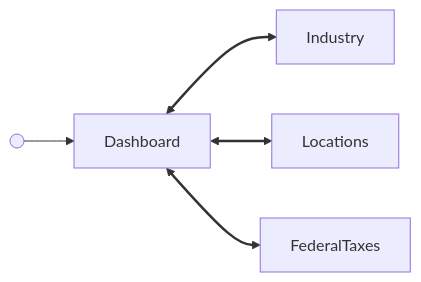
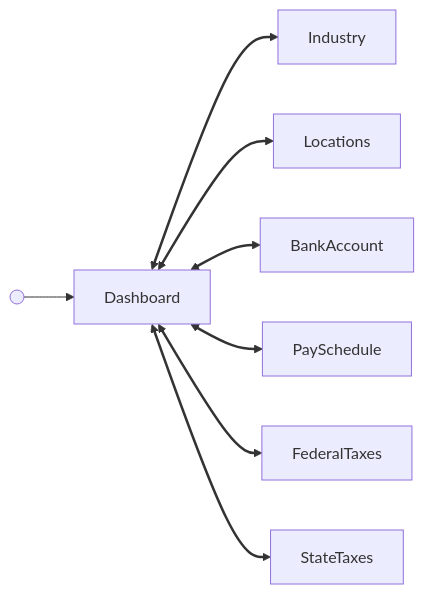
One commit to Gusto/embedded-react-sdk changed the diagram in src/components/Company/Dashboard/GUIDE.md. Above: the diagram before and after it, drawn with Mermaid. The commit also changed other lines of this file and 54 other files, not shown here.

First line of the commit message:
feat(SDK-1431): add bank account card and Pay tab to CompanyManagement dashboard (#3066)

````diff
--- a/src/components/Company/Dashboard/GUIDE.md
+++ b/src/components/Company/Dashboard/GUIDE.md
@@ -18,8 +21,11 @@
 ```mermaid
 flowchart LR
   start@{ shape: sm-circ } --> Dashboard
   Dashboard <--> Industry
   Dashboard <--> Locations
+  Dashboard <--> BankAccount
+  Dashboard <--> PaySchedule
   Dashboard <--> FederalTaxes
-  linkStyle 1,2,3 stroke-width:2.5px
+  Dashboard <--> StateTaxes
+  linkStyle 1,2,3,4,5,6 stroke-width:2.5px
 ```
````
